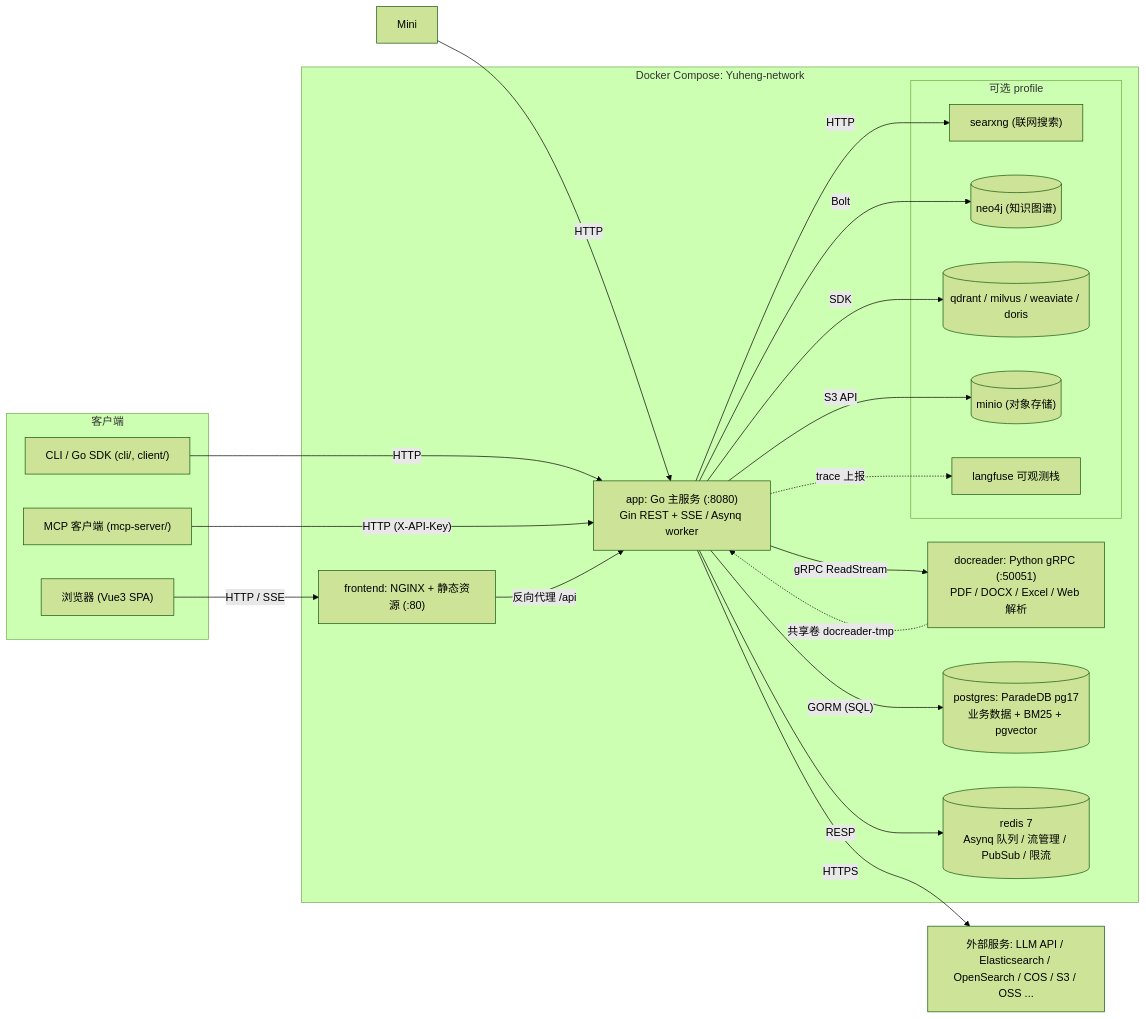
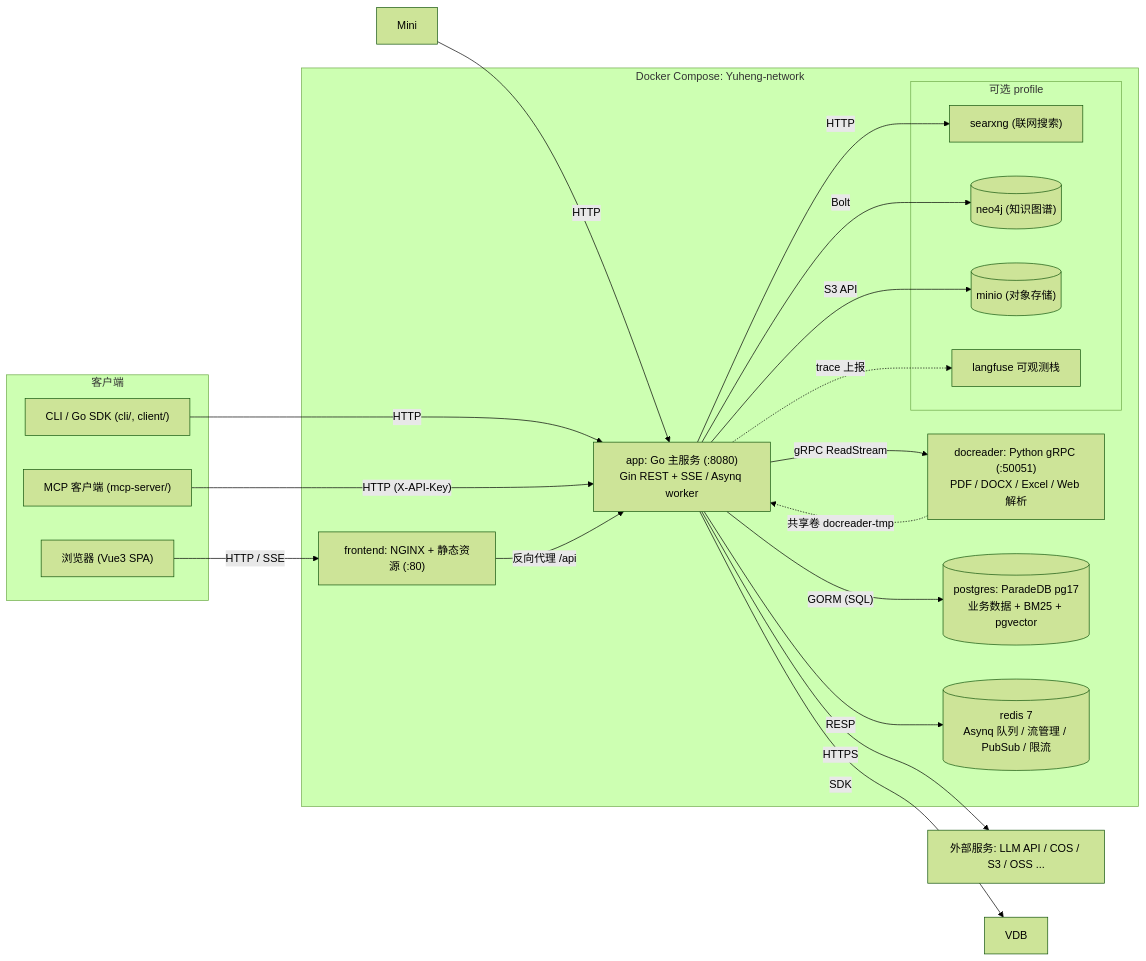
Before and after one commit to magicyuan876/Yuheng: the first of 2 diagrams in website-docs/02-architecture/01-overview.md, drawn with Mermaid (forest theme). The commit also changed other lines of this file and 37 other files, not shown here.

````diff
--- a/website-docs/02-architecture/01-overview.md
+++ b/website-docs/02-architecture/01-overview.md
@@ -82,41 +80,40 @@
 ```mermaid
 graph LR
     subgraph Clients["客户端"]
         Browser["浏览器 (Vue3 SPA)"]
         CLI["CLI / Go SDK (cli/, client/)"]
         MCPC["MCP 客户端 (mcp-server/)"]
     end
 
     subgraph Compose["Docker Compose: Yuheng-network"]
         FE["frontend: NGINX + 静态资源 (:80)"]
         APP["app: Go 主服务 (:8080)<br/>Gin REST + SSE / Asynq worker"]
         DR["docreader: Python gRPC (:50051)<br/>PDF / DOCX / Excel / Web 解析"]
         PG[("postgres: ParadeDB pg17<br/>业务数据 + BM25 + pgvector")]
         RD[("redis 7<br/>Asynq 队列 / 流管理 / PubSub / 限流")]
         subgraph Optional["可选 profile"]
             SX["searxng (联网搜索)"]
             NEO[("neo4j (知识图谱)")]
-            VDB[("qdrant / milvus / weaviate / doris")]
             MINIO[("minio (对象存储)")]
             LF["langfuse 可观测栈"]
         end
     end
 
-    EXT["外部服务: LLM API / Elasticsearch / OpenSearch / COS / S3 / OSS ..."]
+    EXT["外部服务: LLM API / COS / S3 / OSS ..."]
 
     Browser -->|"HTTP / SSE"| FE
     Mini -->|"HTTP"| APP
     CLI -->|"HTTP"| APP
     MCPC -->|"HTTP (X-API-Key)"| APP
     FE -->|"反向代理 /api"| APP
     APP -->|"gRPC ReadStream"| DR
     APP -->|"GORM (SQL)"| PG
     APP -->|"RESP"| RD
     APP -->|"HTTP"| SX
     APP -->|"Bolt"| NEO
     APP -->|"SDK"| VDB
     APP -->|"S3 API"| MINIO
     APP -->|"HTTPS"| EXT
     APP -.->|"trace 上报"| LF
     DR -.->|"共享卷 docreader-tmp"| APP
 ```
````
